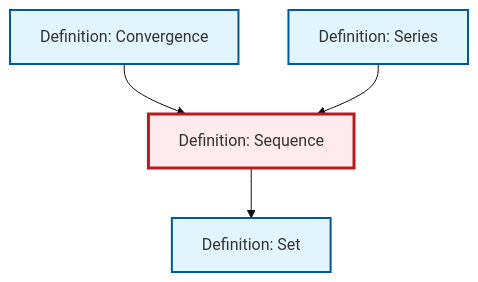
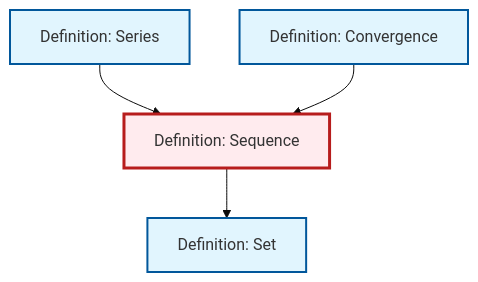
The diagram in content/en/analysis/def-sequence.qmd (RK0429/ModernMath), drawn with Mermaid (base theme) before and after one commit. The commit also changed other lines of this file and 360 other files, not shown here.

````diff
--- a/content/en/analysis/def-sequence.qmd
+++ b/content/en/analysis/def-sequence.qmd
@@ -74,20 +74,20 @@
 ```{mermaid}
 %%| fig-cap: "Local dependency graph"
 graph TD
     classDef definition fill:#e1f5fe,stroke:#01579b,stroke-width:2px
     classDef theorem fill:#f3e5f5,stroke:#4a148c,stroke-width:2px
     classDef axiom fill:#fff3e0,stroke:#e65100,stroke-width:2px
     classDef example fill:#e8f5e9,stroke:#1b5e20,stroke-width:2px
     classDef current fill:#ffebee,stroke:#b71c1c,stroke-width:3px
+    def-convergence["Definition: Convergence"]:::definition
     def-set["Definition: Set"]:::definition
-    def-convergence["Definition: Convergence"]:::definition
     def-series["Definition: Series"]:::definition
     def-sequence["Definition: Sequence"]:::definition
+    def-sequence --> def-set
+    def-series --> def-sequence
     def-convergence --> def-sequence
-    def-series --> def-sequence
-    def-sequence --> def-set
     class def-sequence current
+    click def-convergence "def-convergence.html" "Go to Convergence definition"
     click def-set "def-set.html" "Go to Set definition"
-    click def-convergence "def-convergence.html" "Go to Convergence definition"
     click def-series "def-series.html" "Go to Series definition"
 ```
````
